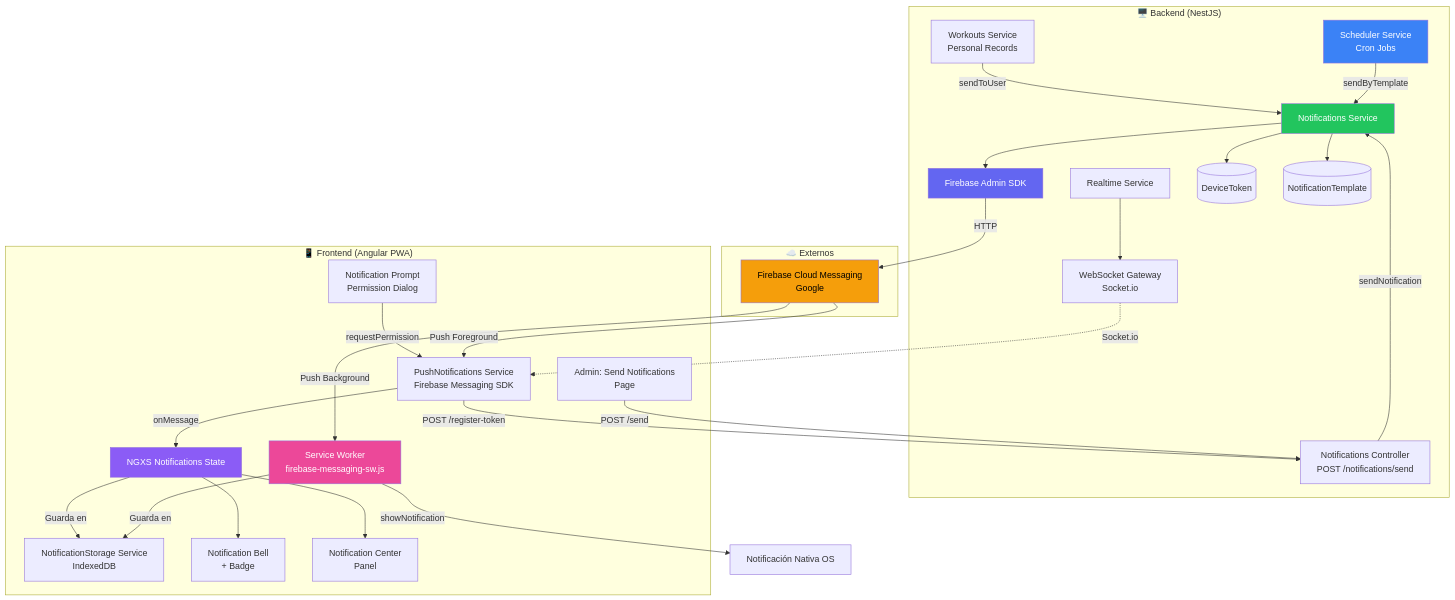
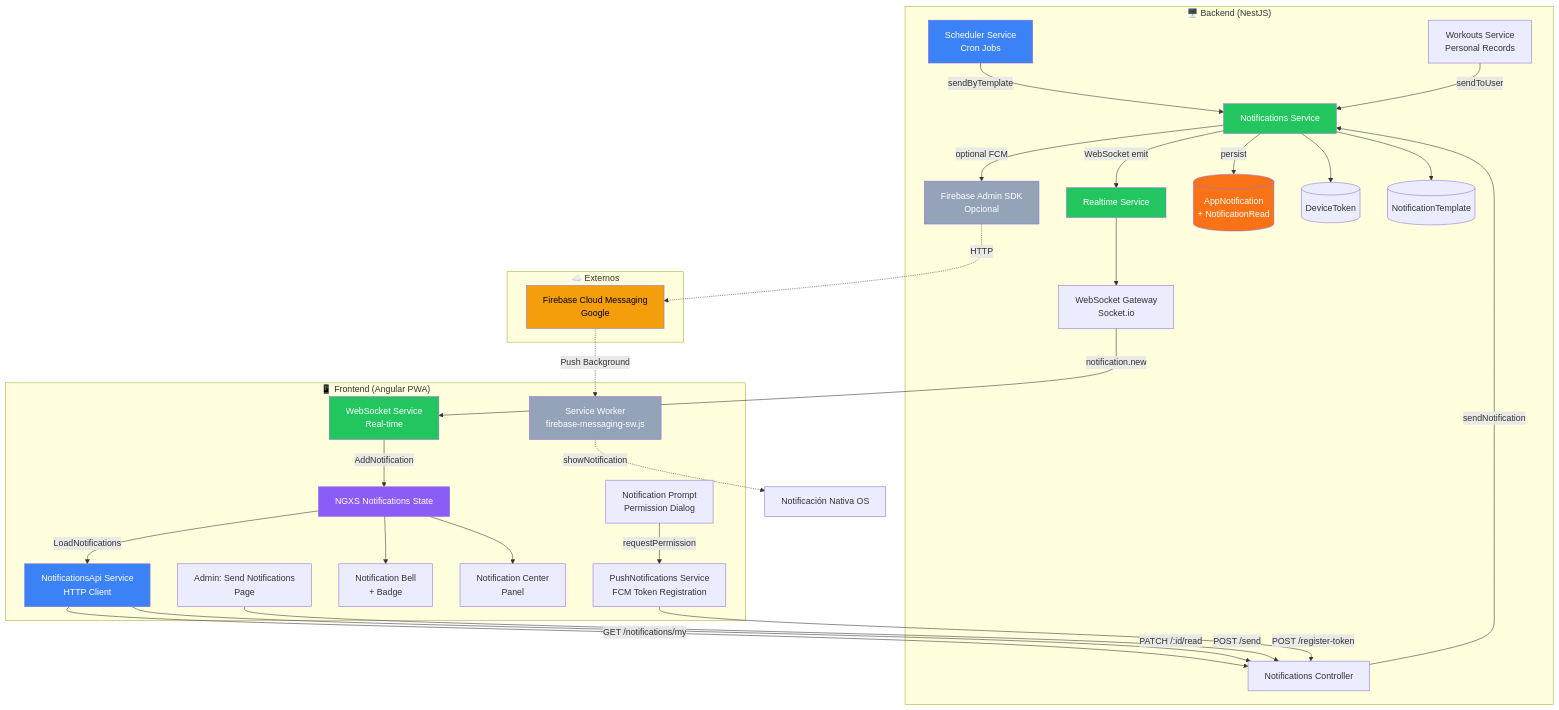
Before and after one commit to fedebracesco1990/fitflow: the first of 9 diagrams in docs/NOTIFICATIONS_FLOW.md, drawn with Mermaid. The commit also changed other lines of this file, not shown here.

First line of the commit message:
docs: update notifications flow documentation to reflect backend-first architecture

````diff
--- a/docs/NOTIFICATIONS_FLOW.md
+++ b/docs/NOTIFICATIONS_FLOW.md
@@ -13,71 +15,79 @@
 ```mermaid
 flowchart TB
     subgraph Backend["🖥️ Backend (NestJS)"]
         SCHED[Scheduler Service<br/>Cron Jobs]
         WORK[Workouts Service<br/>Personal Records]
-        ADMIN_API[Notifications Controller<br/>POST /notifications/send]
+        ADMIN_API[Notifications Controller]
         NS[Notifications Service]
-        FCM_ADMIN[Firebase Admin SDK]
+        FCM_ADMIN[Firebase Admin SDK<br/>Opcional]
         WS[WebSocket Gateway<br/>Socket.io]
         RT[Realtime Service]
+        DB_NOTIF[(AppNotification<br/>+ NotificationRead)]
         DB_TOKENS[(DeviceToken)]
         DB_TEMPLATES[(NotificationTemplate)]
     end
 
     subgraph Frontend["📱 Frontend (Angular PWA)"]
         SW[Service Worker<br/>firebase-messaging-sw.js]
-        PUSH_SVC[PushNotifications Service<br/>Firebase Messaging SDK]
-        STORAGE[NotificationStorage Service<br/>IndexedDB]
+        PUSH_SVC[PushNotifications Service<br/>FCM Token Registration]
+        API_SVC[NotificationsApi Service<br/>HTTP Client]
+        WS_SVC[WebSocket Service<br/>Real-time]
         NGXS[NGXS Notifications State]
         BELL[Notification Bell<br/>+ Badge]
         CENTER[Notification Center<br/>Panel]
         PROMPT[Notification Prompt<br/>Permission Dialog]
         ADMIN_UI[Admin: Send Notifications<br/>Page]
     end
 
     subgraph External["☁️ Externos"]
         FIREBASE[Firebase Cloud Messaging<br/>Google]
     end
 
     %% Backend triggers
     SCHED -->|sendByTemplate| NS
     WORK -->|sendToUser| NS
     ADMIN_API -->|sendNotification| NS
 
-    %% Notification service flow
+    %% Notification service flow - always persist
+    NS -->|persist| DB_NOTIF
+    NS -->|WebSocket emit| RT
+    NS -->|optional FCM| FCM_ADMIN
     NS --> DB_TOKENS
     NS --> DB_TEMPLATES
-    NS --> FCM_ADMIN
-    FCM_ADMIN -->|HTTP| FIREBASE
+    FCM_ADMIN -.->|HTTP| FIREBASE
 
-    %% Firebase to frontend
-    FIREBASE -->|Push Background| SW
-    FIREBASE -->|Push Foreground| PUSH_SVC
+    %% WebSocket primary delivery
+    RT --> WS
+    WS -->|notification.new| WS_SVC
+    WS_SVC -->|AddNotification| NGXS
 
-    %% Frontend processing
-    SW -->|Guarda en| STORAGE
-    SW -->|showNotification| OS_NOTIF[Notificación Nativa OS]
-    PUSH_SVC -->|onMessage| NGXS
-    NGXS -->|Guarda en| STORAGE
+    %% Firebase optional OS notifications
+    FIREBASE -.->|Push Background| SW
+    SW -.->|showNotification| OS_NOTIF[Notificación Nativa OS]
+
+    %% Frontend API loading
+    API_SVC -->|GET /notifications/my| ADMIN_API
+    API_SVC -->|PATCH /:id/read| ADMIN_API
+    NGXS -->|LoadNotifications| API_SVC
     NGXS --> BELL
     NGXS --> CENTER
-
-    %% WebSocket (realtime events, no push)
-    RT --> WS
-    WS -.->|Socket.io| PUSH_SVC
 
     %% Admin UI
     ADMIN_UI -->|POST /send| ADMIN_API
 
-    %% Prompt flow
+    %% FCM token registration (optional)
     PROMPT -->|requestPermission| PUSH_SVC
     PUSH_SVC -->|POST /register-token| ADMIN_API
 
     %% Styles
     style FIREBASE fill:#f59e0b,color:#000
-    style FCM_ADMIN fill:#6366f1,color:#fff
+    style FCM_ADMIN fill:#94a3b8,color:#fff
     style NS fill:#22c55e,color:#fff
     style SCHED fill:#3b82f6,color:#fff
-    style SW fill:#ec4899,color:#fff
+    style SW fill:#94a3b8,color:#fff
     style NGXS fill:#8b5cf6,color:#fff
+    style RT fill:#22c55e,color:#fff
+    style DB_NOTIF fill:#f97316,color:#fff
+    style WS_SVC fill:#22c55e,color:#fff
+    style API_SVC fill:#3b82f6,color:#fff
 ```
````
